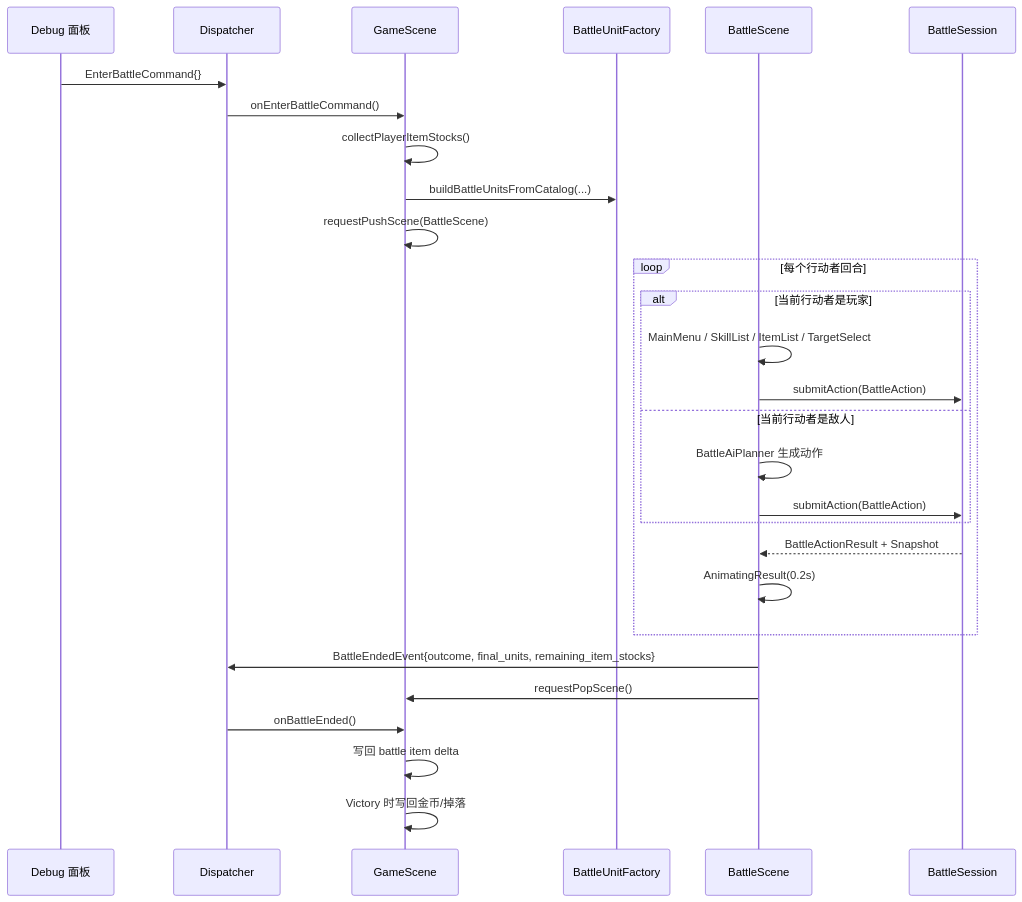
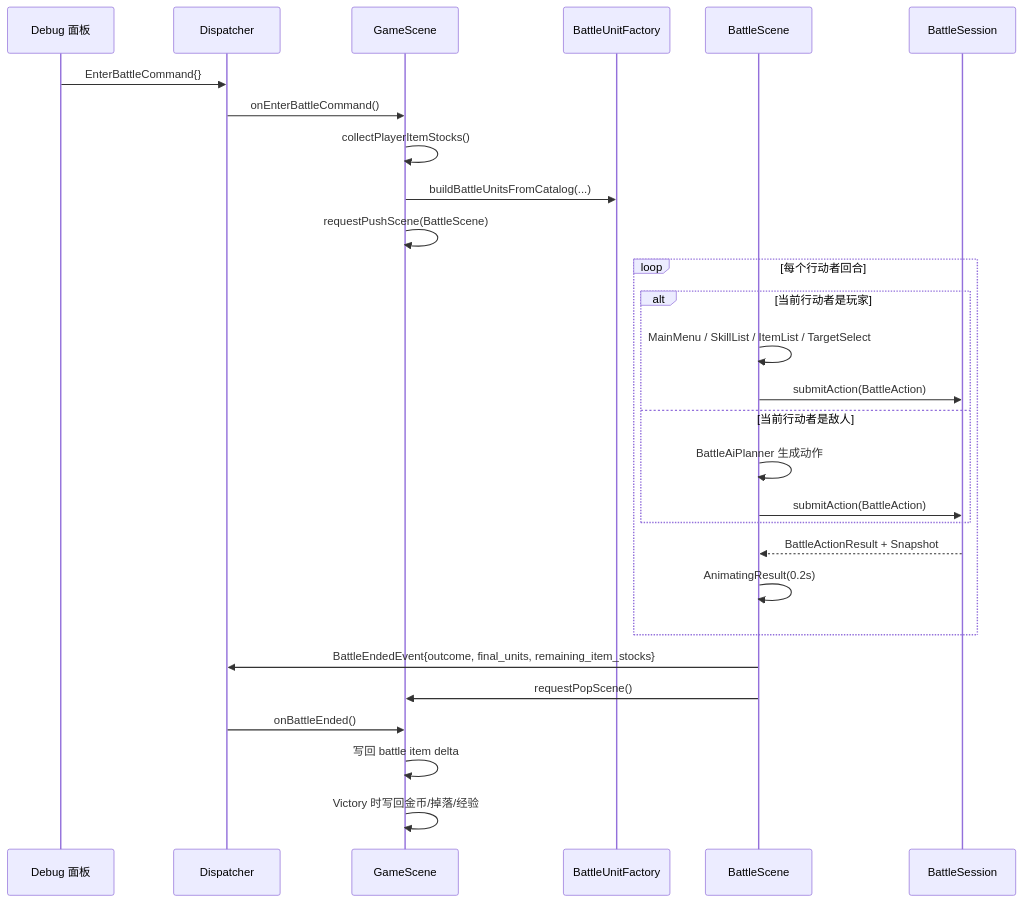
The seventh of 7 diagrams in docs/gameplay/turn-based-battle.md (WispSnow/TinyFarmRPG), drawn with Mermaid before and after one commit. The commit also changed other lines of this file and 53 other files, not shown here.

````diff
--- a/docs/gameplay/turn-based-battle.md
+++ b/docs/gameplay/turn-based-battle.md
@@ -422,33 +426,33 @@
 ```mermaid
 sequenceDiagram
     participant DBG as Debug 面板
     participant D as Dispatcher
     participant GS as GameScene
     participant BUF as BattleUnitFactory
     participant BS as BattleScene
     participant SE as BattleSession
 
     DBG->>D: EnterBattleCommand{}
     D->>GS: onEnterBattleCommand()
     GS->>GS: collectPlayerItemStocks()
     GS->>BUF: buildBattleUnitsFromCatalog(...)
     GS->>GS: requestPushScene(BattleScene)
 
     loop 每个行动者回合
         alt 当前行动者是玩家
             BS->>BS: MainMenu / SkillList / ItemList / TargetSelect
             BS->>SE: submitAction(BattleAction)
         else 当前行动者是敌人
             BS->>BS: BattleAiPlanner 生成动作
             BS->>SE: submitAction(BattleAction)
         end
         SE-->>BS: BattleActionResult + Snapshot
         BS->>BS: AnimatingResult(0.2s)
     end
 
     BS->>D: BattleEndedEvent{outcome, final_units, remaining_item_stocks}
     BS->>GS: requestPopScene()
     D->>GS: onBattleEnded()
     GS->>GS: 写回 battle item delta
-    GS->>GS: Victory 时写回金币/掉落
+    GS->>GS: Victory 时写回金币/掉落/经验
 ```
````
